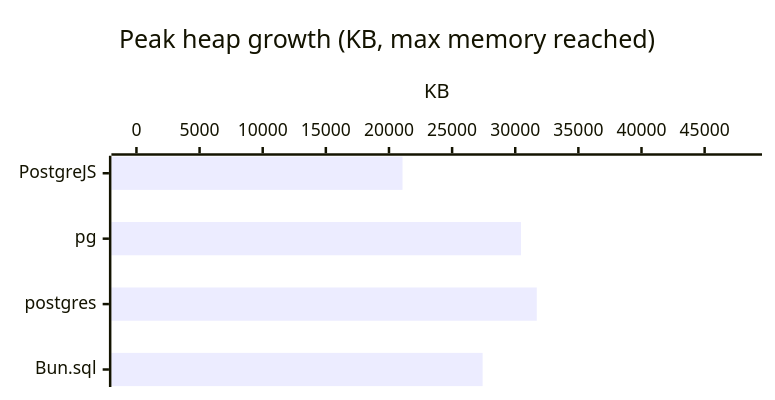
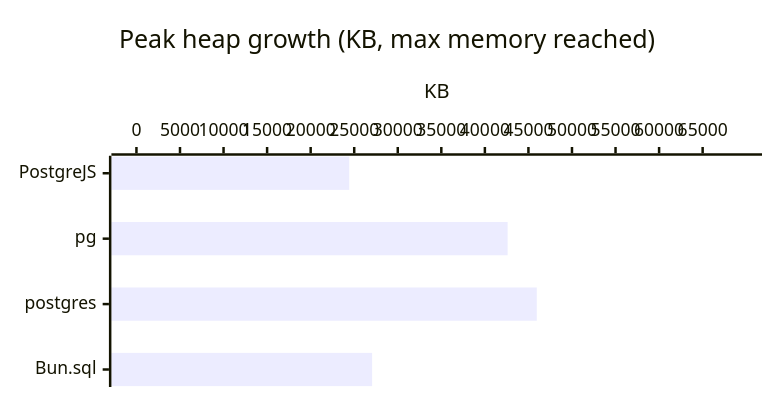
Before and after one commit to panates/postgrejs-doc: the ninth of 56 diagrams in docs/getting-started/benchmarks-bun.md, drawn with Mermaid. The commit also changed other lines of this file and 24 other files, not shown here.

````diff
--- a/docs/getting-started/benchmarks-bun.md
+++ b/docs/getting-started/benchmarks-bun.md
@@ -268,8 +268,8 @@
 ```mermaid
 %%{init: {'xyChart': {'width': 600, 'height': 300, 'chartOrientation': 'horizontal'}}}%%
 xychart-beta
     title "Peak heap growth (KB, max memory reached)"
     x-axis ["PostgreJS", "pg", "postgres", "Bun.sql"]
-    y-axis "KB" 0.0000 --> 47561.2544
-    bar [21072.1855, 30452.6953, 31707.5029, 27416.6357]
+    y-axis "KB" 0.0000 --> 68940.9741
+    bar [24429.4521, 42612.1006, 45960.6494, 27058.2529]
 ```
````
